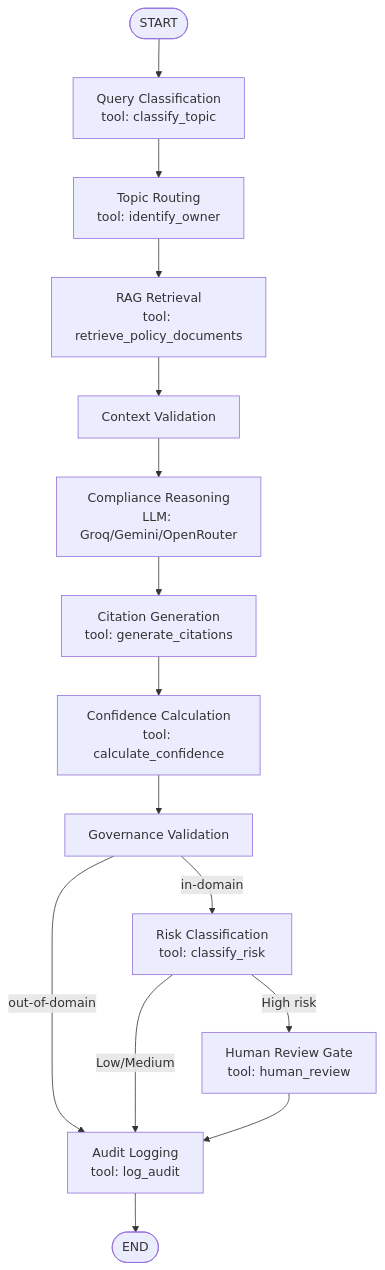
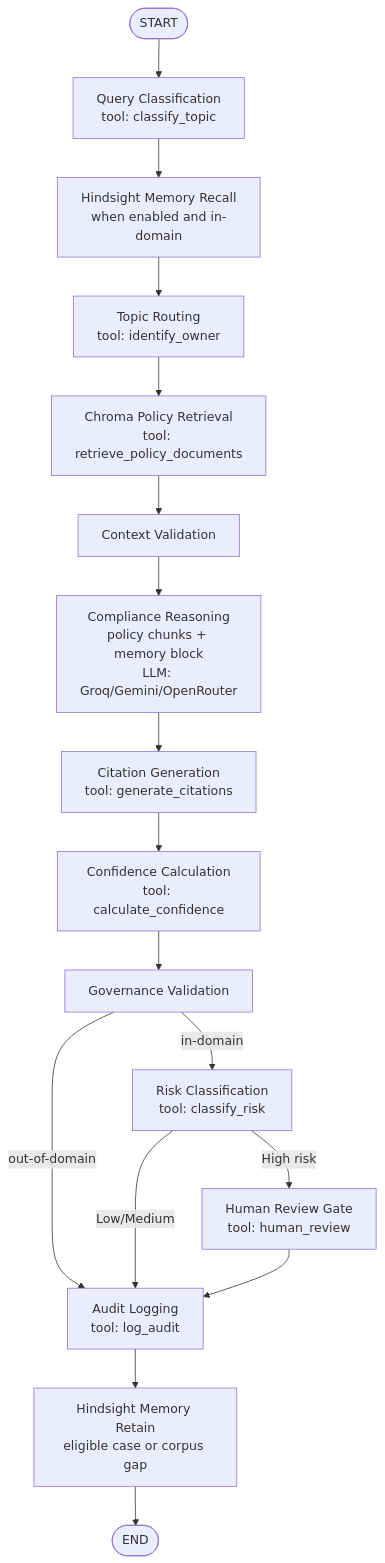
The diagram in README.md (kshetra2627/AEGIS-MEMORY_ADDITION), drawn with Mermaid before and after one commit. The commit also changed other lines of this file and 36 other files, not shown here.

````diff
--- a/README.md
+++ b/README.md
@@ -11,17 +17,19 @@
 ```mermaid
 graph TD
     START([START]) --> A[Query Classification<br/>tool: classify_topic]
-    A --> B[Topic Routing<br/>tool: identify_owner]
-    B --> C[RAG Retrieval<br/>tool: retrieve_policy_documents]
-    C --> D[Context Validation]
-    D --> E[Compliance Reasoning<br/>LLM: Groq/Gemini/OpenRouter]
-    E --> F[Citation Generation<br/>tool: generate_citations]
-    F --> G[Confidence Calculation<br/>tool: calculate_confidence]
-    G --> H[Governance Validation]
-    H -->|in-domain| I[Risk Classification<br/>tool: classify_risk]
-    H -->|out-of-domain| K[Audit Logging<br/>tool: log_audit]
-    I -->|High risk| J[Human Review Gate<br/>tool: human_review]
-    I -->|Low/Medium| K
-    J --> K
-    K --> END([END])
+    A --> B[Hindsight Memory Recall<br/>when enabled and in-domain]
+    B --> C[Topic Routing<br/>tool: identify_owner]
+    C --> D[Chroma Policy Retrieval<br/>tool: retrieve_policy_documents]
+    D --> E[Context Validation]
+    E --> F[Compliance Reasoning<br/>policy chunks + memory block<br/>LLM: Groq/Gemini/OpenRouter]
+    F --> G[Citation Generation<br/>tool: generate_citations]
+    G --> H[Confidence Calculation<br/>tool: calculate_confidence]
+    H --> I[Governance Validation]
+    I -->|in-domain| J[Risk Classification<br/>tool: classify_risk]
+    I -->|out-of-domain| M[Audit Logging<br/>tool: log_audit]
+    J -->|High risk| K[Human Review Gate<br/>tool: human_review]
+    J -->|Low/Medium| M
+    K --> M
+    M --> N[Hindsight Memory Retain<br/>eligible case or corpus gap]
+    N --> END([END])
 ```
````
